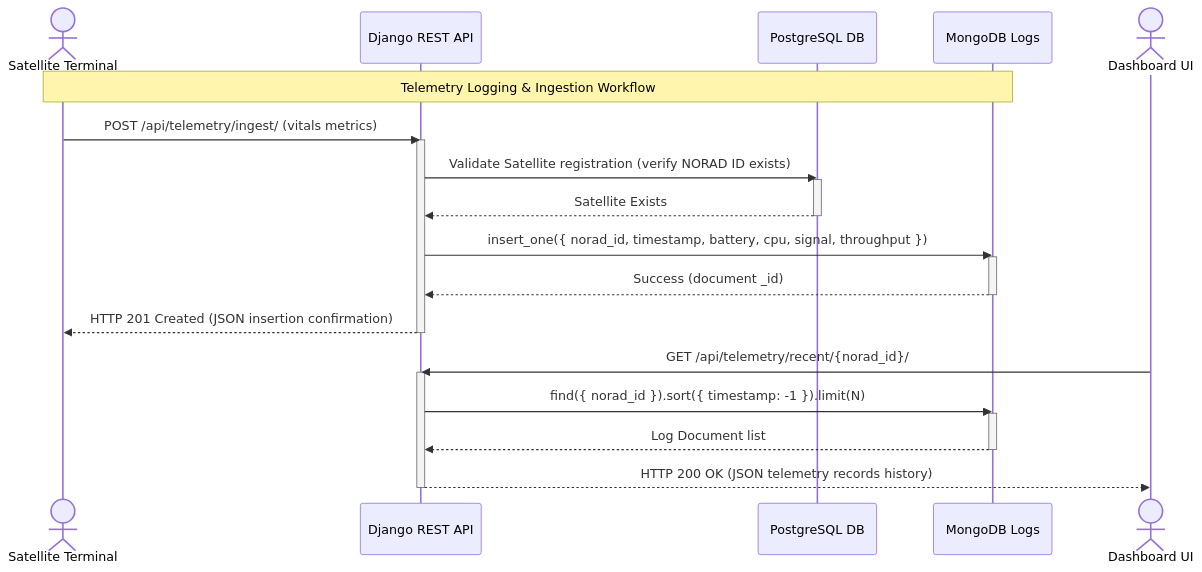
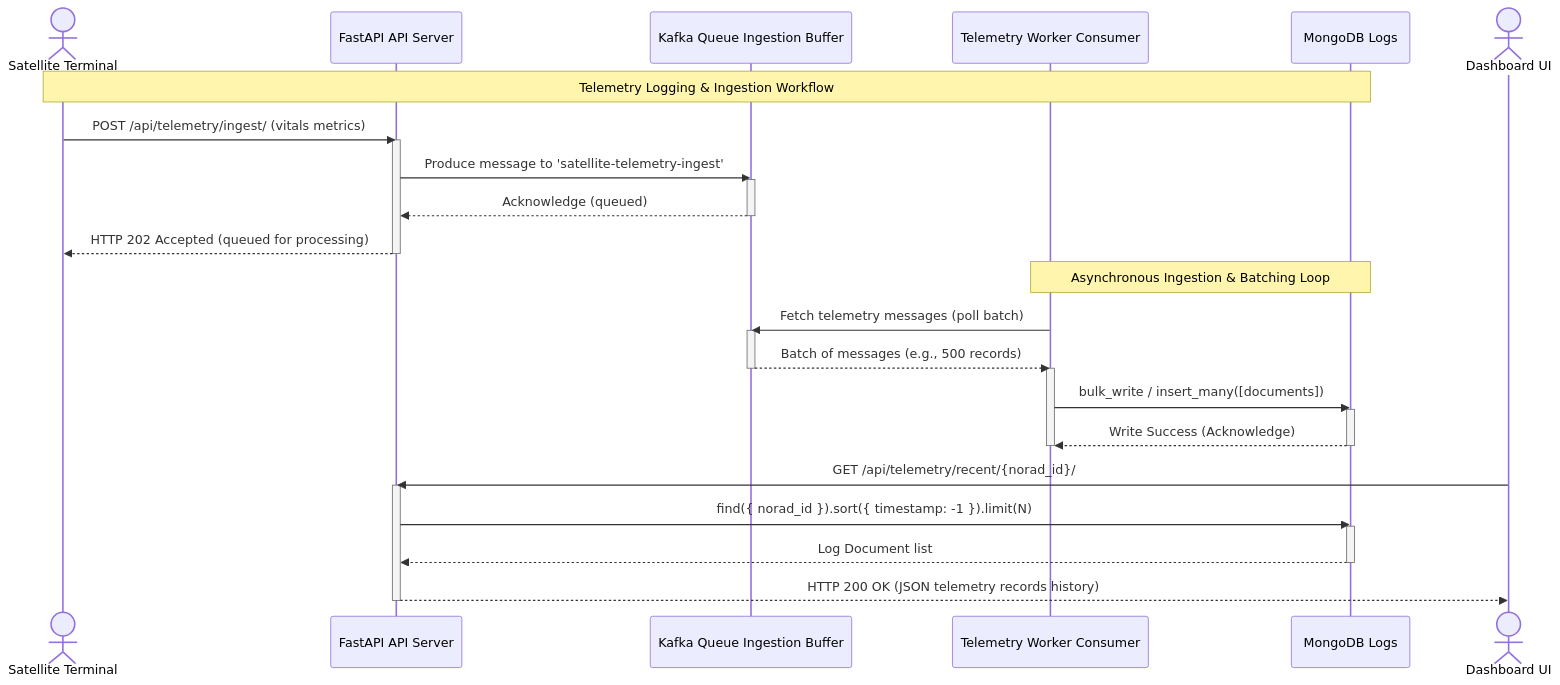
The diagram in docs/satellite_telemetry.md (amolc/spaceproject), drawn with Mermaid before and after one commit. The commit also changed other lines of this file and 19034 other files, not shown here.

````diff
--- a/docs/satellite_telemetry.md
+++ b/docs/satellite_telemetry.md
@@ -101,32 +145,41 @@
 ```mermaid
 sequenceDiagram
     actor Sat as Satellite Terminal
-    participant Django as Django REST API
-    participant PG as PostgreSQL DB
+    participant FastAPI as FastAPI API Server
+    participant Kafka as Kafka Queue Ingestion Buffer
+    participant Worker as Telemetry Worker Consumer
     participant Mongo as MongoDB Logs
 
     Note over Sat, Mongo: Telemetry Logging & Ingestion Workflow
 
-    Sat->>Django: POST /api/telemetry/ingest/ (vitals metrics)
-    activate Django
-    Django->>PG: Validate Satellite registration (verify NORAD ID exists)
-    activate PG
-    PG-->>Django: Satellite Exists
-    deactivate PG
-    Django->>Mongo: insert_one({ norad_id, timestamp, battery, cpu, signal, throughput })
+    Sat->>FastAPI: POST /api/telemetry/ingest/ (vitals metrics)
+    activate FastAPI
+    FastAPI->>Kafka: Produce message to 'satellite-telemetry-ingest'
+    activate Kafka
+    Kafka-->>FastAPI: Acknowledge (queued)
+    deactivate Kafka
+    FastAPI-->>Sat: HTTP 202 Accepted (queued for processing)
+    deactivate FastAPI
+
+    Note over Worker, Mongo: Asynchronous Ingestion & Batching Loop
+    Worker->>Kafka: Fetch telemetry messages (poll batch)
+    activate Kafka
+    Kafka-->>Worker: Batch of messages (e.g., 500 records)
+    deactivate Kafka
+    activate Worker
+    Worker->>Mongo: bulk_write / insert_many([documents])
     activate Mongo
-    Mongo-->>Django: Success (document _id)
+    Mongo-->>Worker: Write Success (Acknowledge)
     deactivate Mongo
-    Django-->>Sat: HTTP 201 Created (JSON insertion confirmation)
-    deactivate Django
+    deactivate Worker
 
     actor User as Dashboard UI
-    User->>Django: GET /api/telemetry/recent/{norad_id}/
-    activate Django
-    Django->>Mongo: find({ norad_id }).sort({ timestamp: -1 }).limit(N)
+    User->>FastAPI: GET /api/telemetry/recent/{norad_id}/
+    activate FastAPI
+    FastAPI->>Mongo: find({ norad_id }).sort({ timestamp: -1 }).limit(N)
     activate Mongo
-    Mongo-->>Django: Log Document list
+    Mongo-->>FastAPI: Log Document list
     deactivate Mongo
-    Django-->>User: HTTP 200 OK (JSON telemetry records history)
-    deactivate Django
+    FastAPI-->>User: HTTP 200 OK (JSON telemetry records history)
+    deactivate FastAPI
 ```
````
